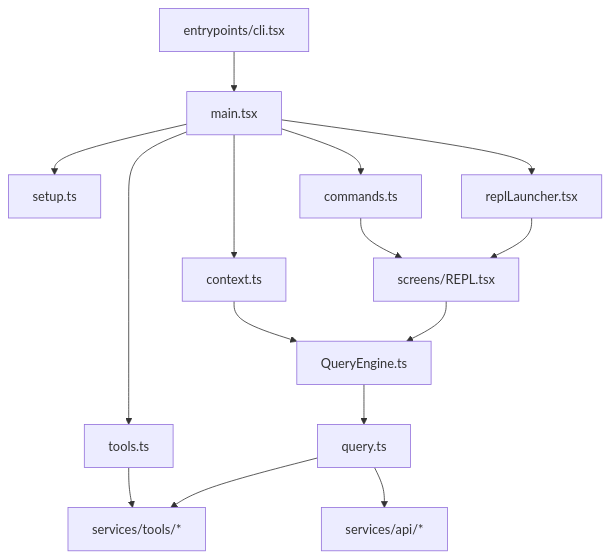
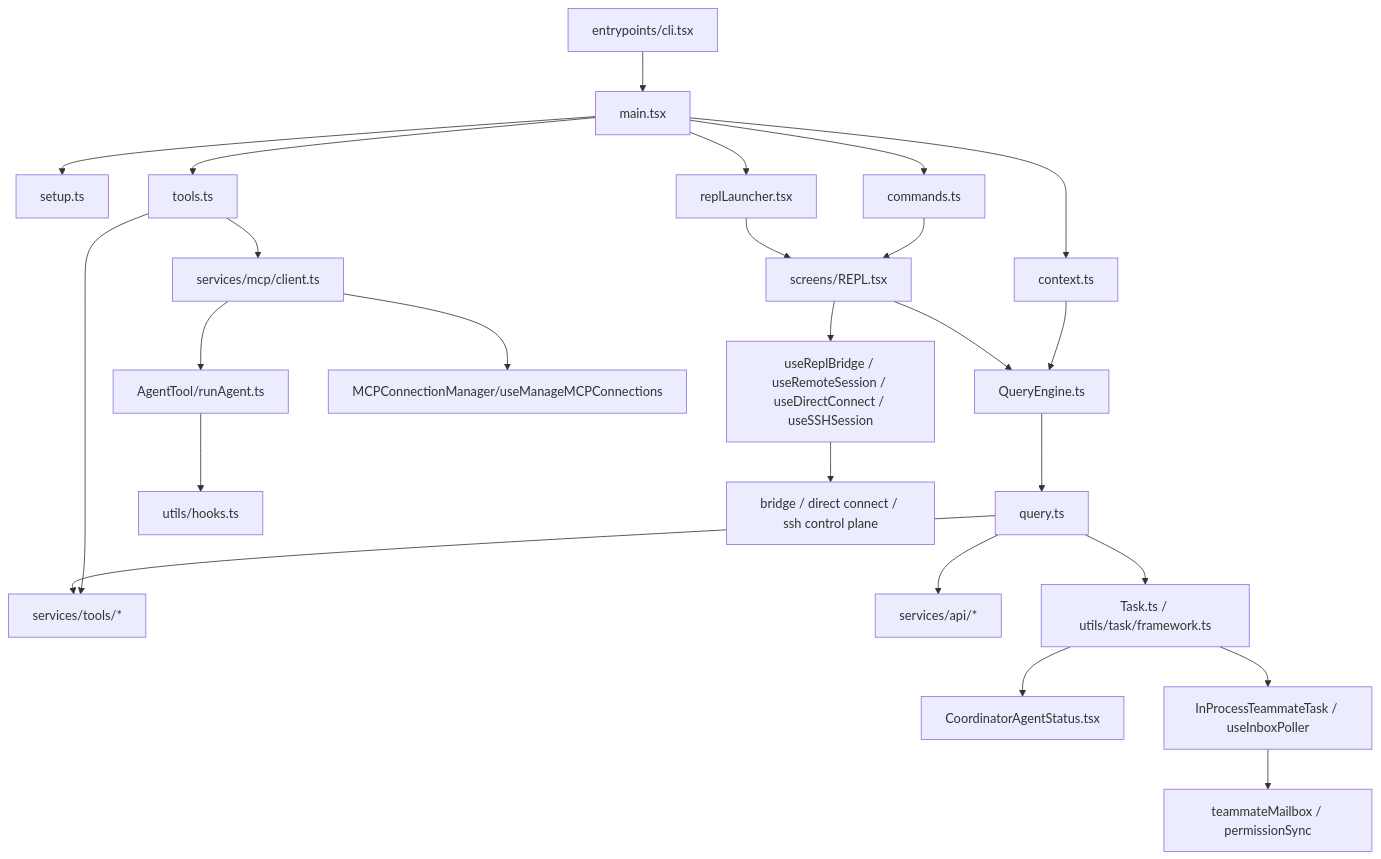
Before and after one commit to Wukung1010/claude_code_book: the diagram in book/00-阅读路线与全书大纲.md, drawn with Mermaid. The commit also changed other lines of this file and 23 other files, not shown here.

````diff
--- a/book/00-阅读路线与全书大纲.md
+++ b/book/00-阅读路线与全书大纲.md
@@ -153,17 +246,27 @@
 ```mermaid
 graph TD
     A[entrypoints/cli.tsx] --> B[main.tsx]
     B --> C[setup.ts]
     B --> D[commands.ts]
     B --> E[tools.ts]
     B --> F[context.ts]
     B --> G[replLauncher.tsx]
     G --> H[screens/REPL.tsx]
     H --> I[QueryEngine.ts]
     I --> J[query.ts]
     J --> K[services/tools/*]
     J --> L[services/api/*]
     E --> K
     D --> H
     F --> I
+    E --> M[services/mcp/client.ts]
+    M --> N[AgentTool/runAgent.ts]
+    M --> O[MCPConnectionManager/useManageMCPConnections]
+    J --> P[Task.ts / utils/task/framework.ts]
+    P --> Q[CoordinatorAgentStatus.tsx]
+    N --> R[utils/hooks.ts]
+    P --> S[InProcessTeammateTask / useInboxPoller]
+    S --> T[teammateMailbox / permissionSync]
+    H --> U[useReplBridge / useRemoteSession / useDirectConnect / useSSHSession]
+    U --> V[bridge / direct connect / ssh control plane]
 ```
````
